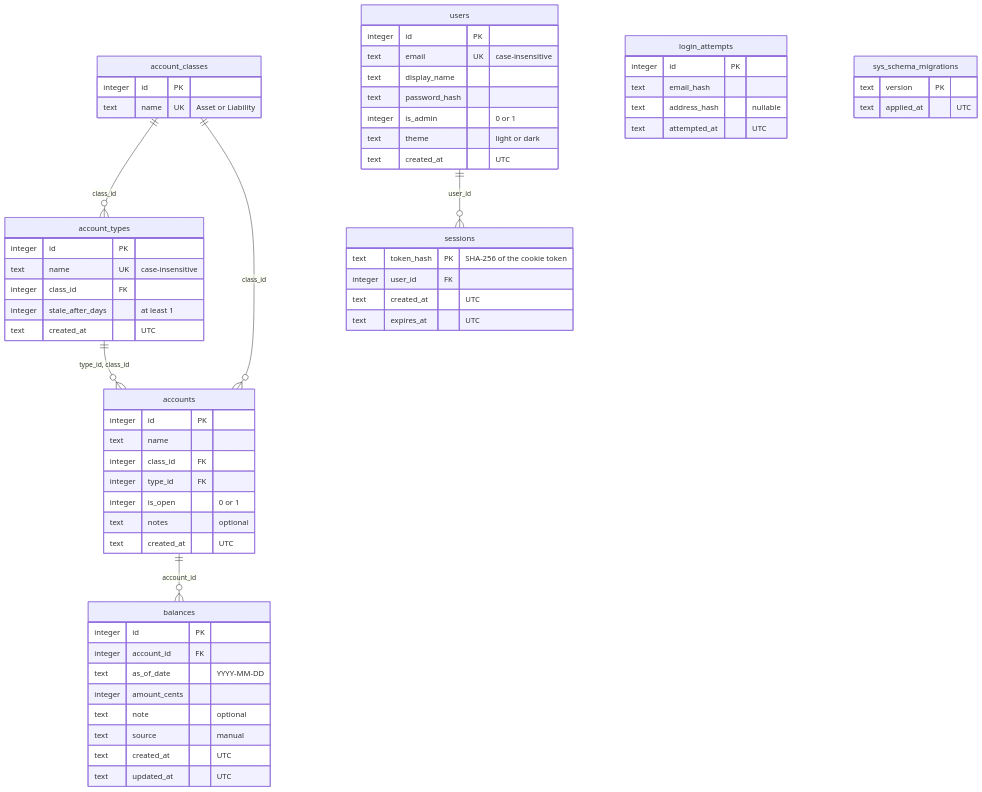
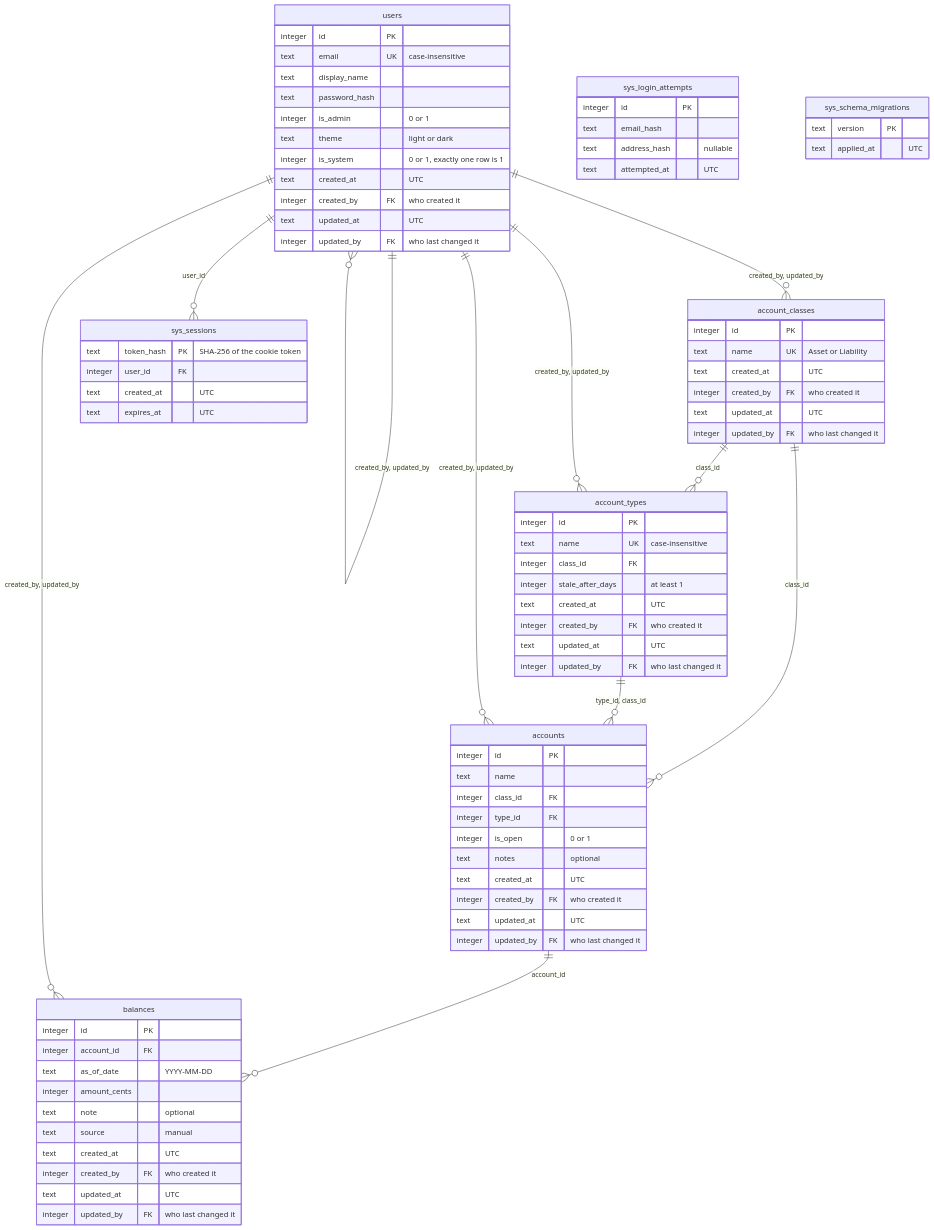
The diagram in docs/schema.md (declankenny/northstar), drawn with Mermaid before and after one commit. The commit also changed other lines of this file and 22 other files, not shown here.

First line of the commit message:
Add audit columns, stable ids, the system user and sys_ table names

```diff
--- a/docs/schema.md
+++ b/docs/schema.md
@@ -8,11 +8,20 @@
     account_classes ||--o{ accounts : "class_id"
     account_types ||--o{ accounts : "type_id, class_id"
     accounts ||--o{ balances : "account_id"
-    users ||--o{ sessions : "user_id"
+    users ||--o{ sys_sessions : "user_id"
+    users ||--o{ account_classes : "created_by, updated_by"
+    users ||--o{ account_types : "created_by, updated_by"
+    users ||--o{ accounts : "created_by, updated_by"
+    users ||--o{ balances : "created_by, updated_by"
+    users ||--o{ users : "created_by, updated_by"
 
     account_classes {
         integer id PK
         text name UK "Asset or Liability"
+        text created_at "UTC"
+        integer created_by FK "who created it"
+        text updated_at "UTC"
+        integer updated_by FK "who last changed it"
     }
     account_types {
         integer id PK
@@ -20,6 +29,9 @@
         integer class_id FK
         integer stale_after_days "at least 1"
         text created_at "UTC"
+        integer created_by FK "who created it"
+        text updated_at "UTC"
+        integer updated_by FK "who last changed it"
     }
     accounts {
         integer id PK
@@ -29,6 +41,9 @@
         integer is_open "0 or 1"
         text notes "optional"
         text created_at "UTC"
+        integer created_by FK "who created it"
+        text updated_at "UTC"
+        integer updated_by FK "who last changed it"
     }
     balances {
         integer id PK
@@ -38,7 +53,9 @@
         text note "optional"
         text source "manual"
         text created_at "UTC"
+        integer created_by FK "who created it"
         text updated_at "UTC"
+        integer updated_by FK "who last changed it"
     }
     users {
         integer id PK
@@ -47,15 +64,19 @@
         text password_hash
         integer is_admin "0 or 1"
         text theme "light or dark"
+        integer is_system "0 or 1, exactly one row is 1"
         text created_at "UTC"
+        integer created_by FK "who created it"
+        text updated_at "UTC"
+        integer updated_by FK "who last changed it"
     }
-    sessions {
+    sys_sessions {
         text token_hash PK "SHA-256 of the cookie token"
         integer user_id FK
         text created_at "UTC"
         text expires_at "UTC"
     }
-    login_attempts {
+    sys_login_attempts {
         integer id PK
         text email_hash
         text address_hash "nullable"
```
